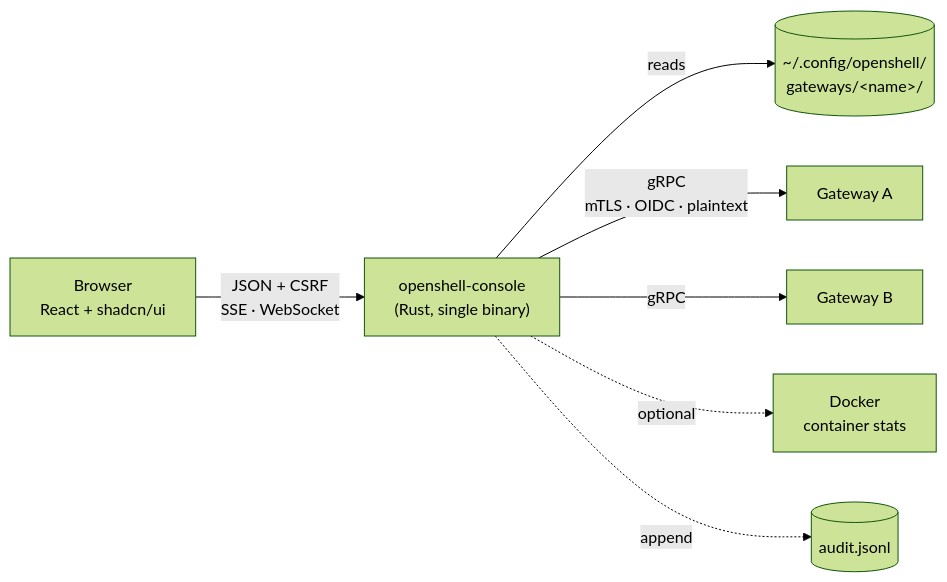
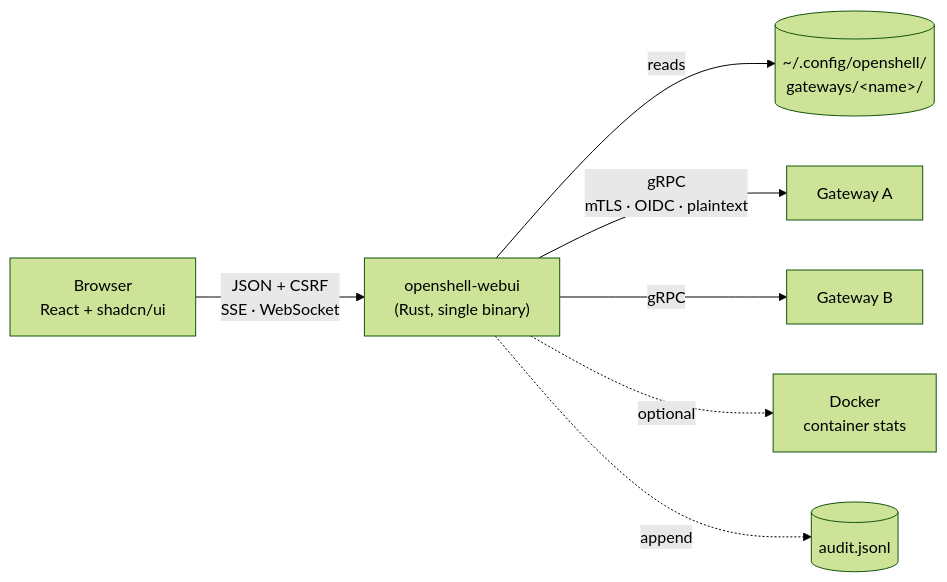
The diagram in README.md (shaharia-lab/openshell-webui), drawn with Mermaid (forest theme) before and after one commit. The commit also changed other lines of this file and 37 other files, not shown here.

````diff
--- a/README.md
+++ b/README.md
@@ -173,9 +173,9 @@
 ```mermaid
 flowchart LR
-    B["Browser<br/>React + shadcn/ui"] -->|"JSON + CSRF<br/>SSE · WebSocket"| S["openshell-console<br/>(Rust, single binary)"]
+    B["Browser<br/>React + shadcn/ui"] -->|"JSON + CSRF<br/>SSE · WebSocket"| S["openshell-webui<br/>(Rust, single binary)"]
     S -->|"reads"| R[("~/.config/openshell/<br/>gateways/&lt;name&gt;/")]
     S -->|"gRPC<br/>mTLS · OIDC · plaintext"| G1["Gateway A"]
     S -->|"gRPC"| G2["Gateway B"]
     S -.->|"optional"| D["Docker<br/>container stats"]
     S -.->|"append"| A[("audit.jsonl")]
 ```
````
